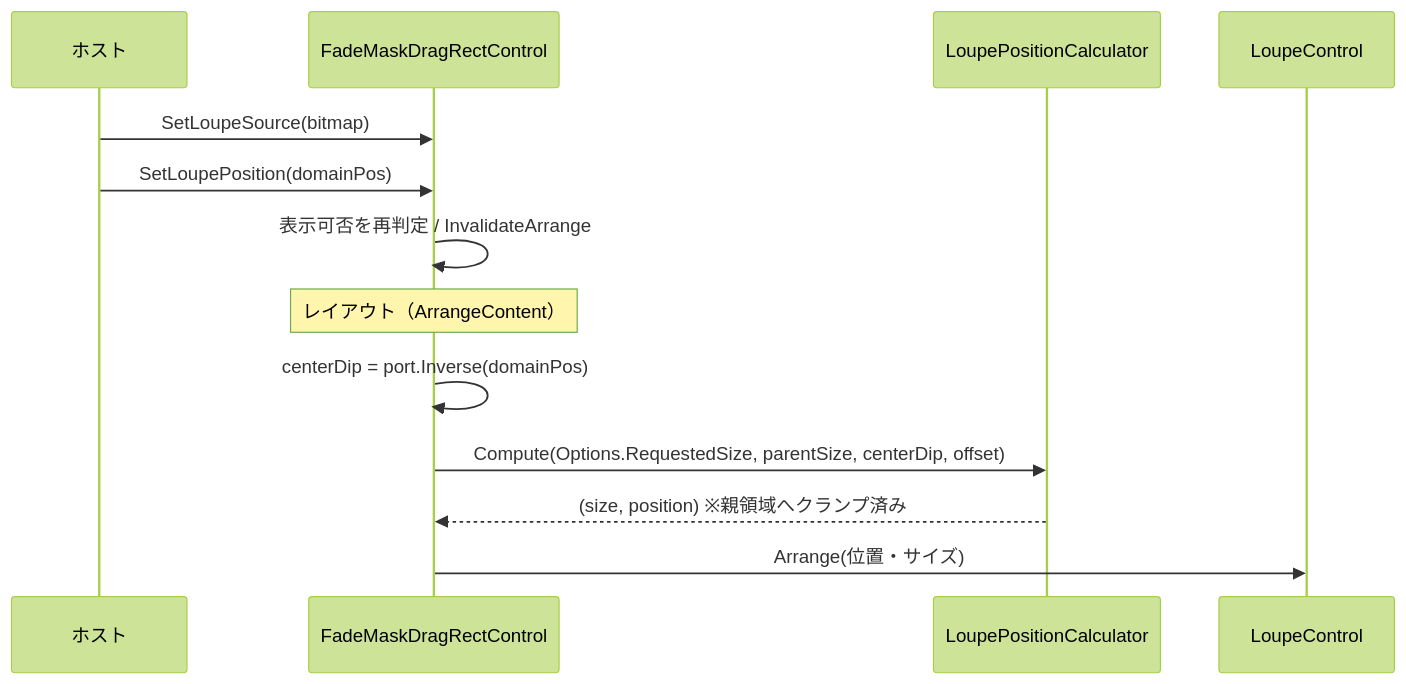
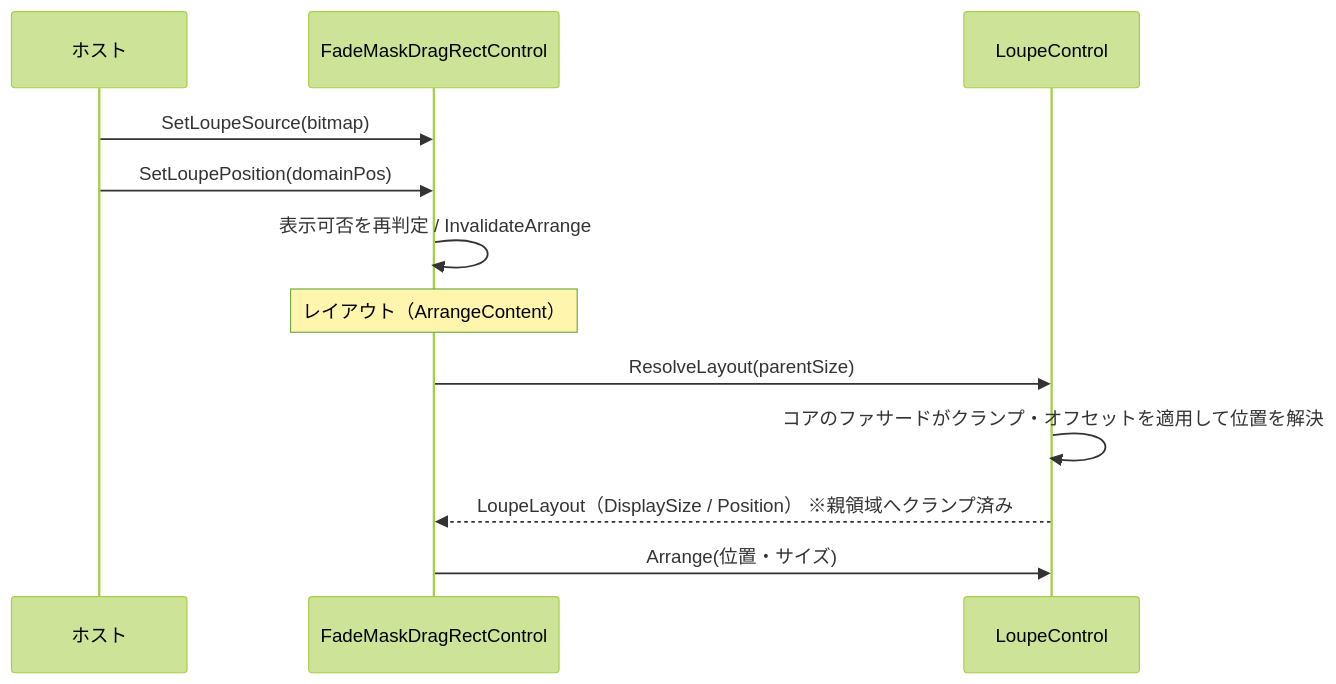
Before and after one commit to tomokuni/SaveEvidence: the fourth of 4 diagrams in src/FadeMaskDragRectControl.MewUI/SPEC_System.md, drawn with Mermaid (forest theme). The commit also changed other lines of this file and 201 other files, not shown here.

````diff
--- a/src/FadeMaskDragRectControl.MewUI/SPEC_System.md
+++ b/src/FadeMaskDragRectControl.MewUI/SPEC_System.md
@@ -213,16 +214,15 @@
 ```mermaid
 sequenceDiagram
     participant Host as ホスト
     participant Facade as FadeMaskDragRectControl
-    participant Calc as LoupePositionCalculator
     participant Loupe as LoupeControl
 
     Host->>Facade: SetLoupeSource(bitmap)
     Host->>Facade: SetLoupePosition(domainPos)
     Facade->>Facade: 表示可否を再判定 / InvalidateArrange
     Note over Facade: レイアウト（ArrangeContent）
-    Facade->>Facade: centerDip = port.Inverse(domainPos)
-    Facade->>Calc: Compute(Options.RequestedSize, parentSize, centerDip, offset)
-    Calc-->>Facade: (size, position)  ※親領域へクランプ済み
+    Facade->>Loupe: ResolveLayout(parentSize)
+    Loupe->>Loupe: コアのファサードがクランプ・オフセットを適用して位置を解決
+    Loupe-->>Facade: LoupeLayout（DisplaySize / Position）  ※親領域へクランプ済み
     Facade->>Loupe: Arrange(位置・サイズ)
 ```
````
